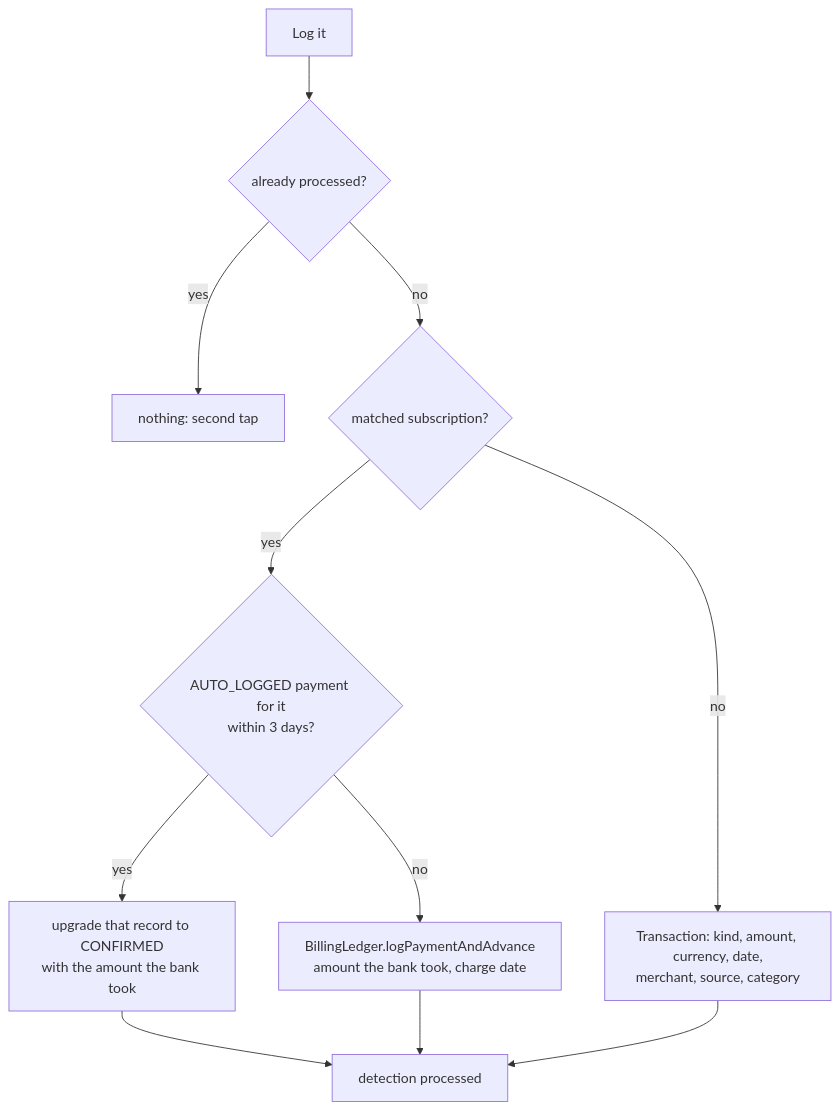
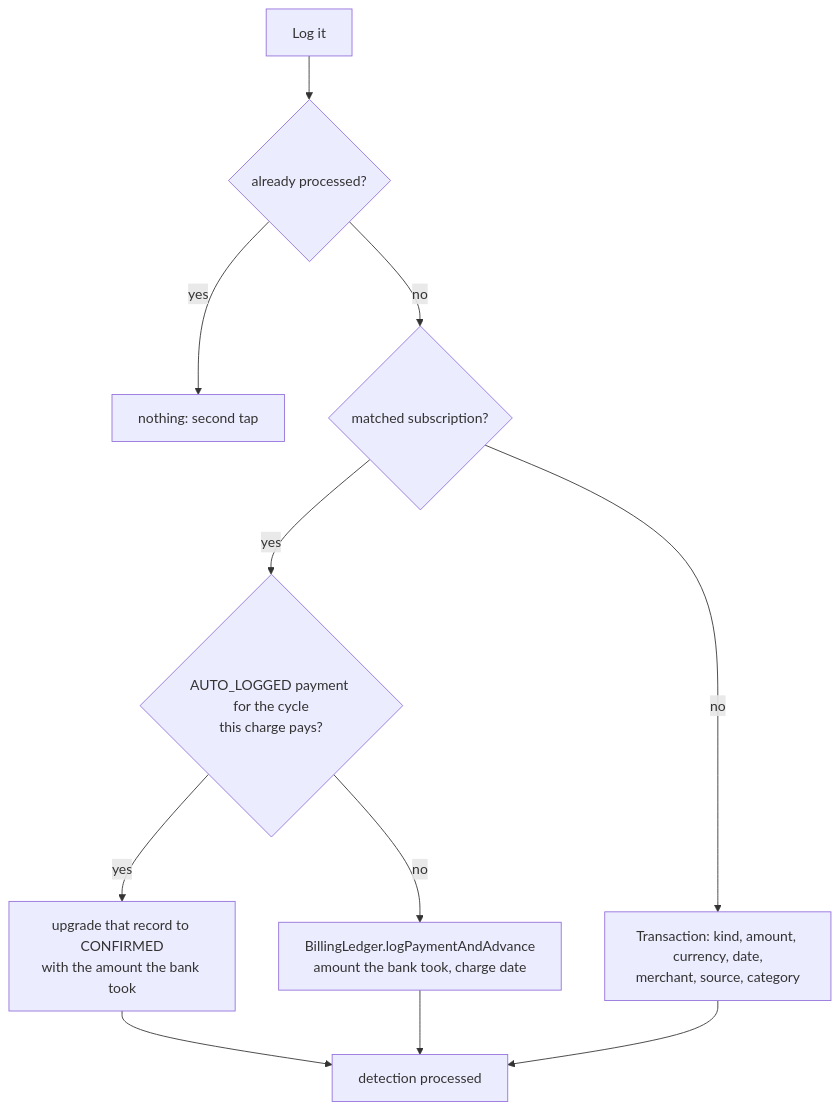
One commit to WolfeLeo2/Subsy changed the seventh of 8 diagrams in ARCHITECTURE.md. Above: the diagram before and after it, drawn with Mermaid. The commit also changed other lines of this file and 52 other files, not shown here.

First line of the commit message:
Add onboarding flow, in-app updates, CI release pipeline and minSdk 31

````diff
--- a/ARCHITECTURE.md
+++ b/ARCHITECTURE.md
@@ -300,11 +303,11 @@
 ```mermaid
 flowchart TD
     L[Log it] --> P{already processed?}
     P -- yes --> X[nothing: second tap]
     P -- no --> S{matched subscription?}
-    S -- yes --> A{AUTO_LOGGED payment for it<br/>within 3 days?}
+    S -- yes --> A{AUTO_LOGGED payment for the cycle<br/>this charge pays?}
     A -- yes --> U[upgrade that record to CONFIRMED<br/>with the amount the bank took]
     A -- no --> LG[BillingLedger.logPaymentAndAdvance<br/>amount the bank took, charge date]
     S -- no --> C[Transaction: kind, amount, currency, date,<br/>merchant, source, category]
     U & LG & C --> DONE[detection processed]
 ```
````
